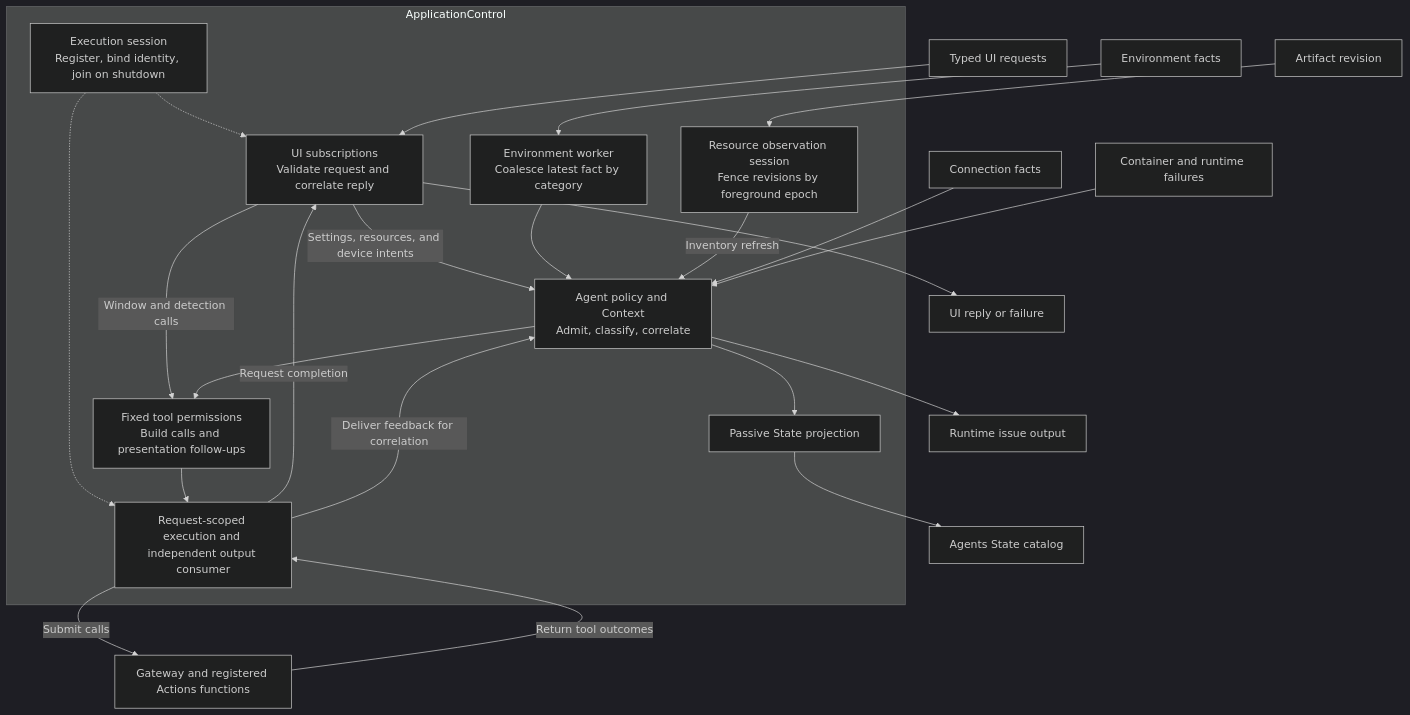
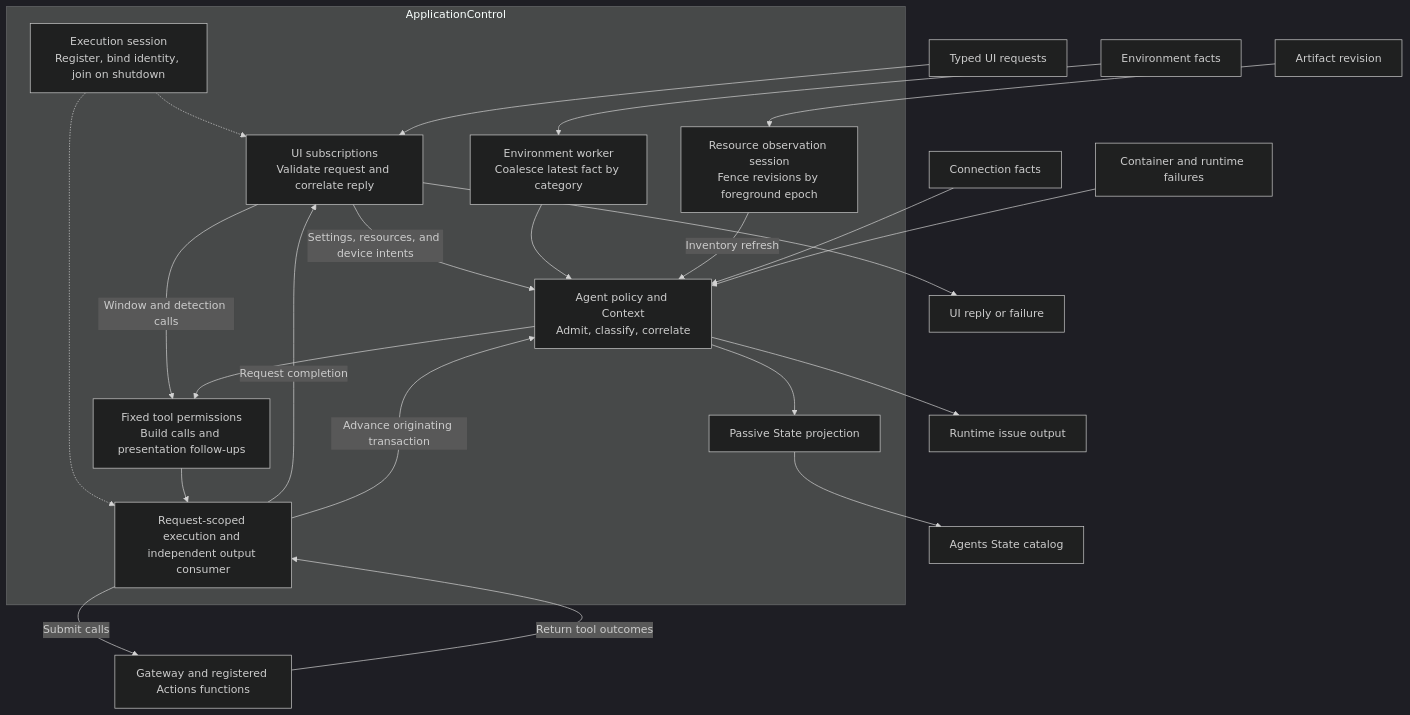
The second of 2 diagrams in MobileHarness/Agents/ApplicationControl/README.md (devilyouwei/MobileHarness), drawn with Mermaid (dark theme) before and after one commit. The commit also changed other lines of this file and 63 other files, not shown here.

````diff
--- a/MobileHarness/Agents/ApplicationControl/README.md
+++ b/MobileHarness/Agents/ApplicationControl/README.md
@@ -39,46 +39,46 @@
 ```mermaid
 flowchart TB
     UI["Typed UI requests"]
     Env["Environment facts"]
     Revision["Artifact revision"]
     Connection["Connection facts"]
     Failure["Container and runtime failures"]
     Gateway["Gateway and registered Actions functions"]
     Reply["UI reply or failure"]
     Issues["Runtime issue output"]
     State["Agents State catalog"]
 
     subgraph Role["ApplicationControl"]
         Session["Execution session<br/>Register, bind identity, join on shutdown"]
         UIInputs["UI subscriptions<br/>Validate request and correlate reply"]
         EnvWorker["Environment worker<br/>Coalesce latest fact by category"]
         ResourceObserver["Resource observation session<br/>Fence revisions by foreground epoch"]
         Policy["Agent policy and Context<br/>Admit, classify, correlate"]
         Calls["Fixed tool permissions<br/>Build calls and presentation follow-ups"]
         Output["Request-scoped execution and independent output consumer"]
         Snapshot["Passive State projection"]
 
         Session -.-> UIInputs
         Session -.-> Output
         UIInputs -->|"Settings, resources, and device intents"| Policy
         UIInputs -->|"Window and detection calls"| Calls
         EnvWorker --> Policy
         ResourceObserver -->|"Inventory refresh"| Policy
         Policy --> Calls
         Calls --> Output
         Policy --> Snapshot
         Output -->|"Request completion"| UIInputs
     end
 
     UI --> UIInputs
     Env --> EnvWorker
     Revision --> ResourceObserver
     Connection --> Policy
     Failure --> Policy
     Output -->|"Submit calls"| Gateway
     Gateway -->|"Return tool outcomes"| Output
-    Output -->|"Deliver feedback for correlation"| Policy
+    Output -->|"Advance originating transaction"| Policy
     UIInputs --> Reply
     Policy --> Issues
     Snapshot --> State
 ```
````
